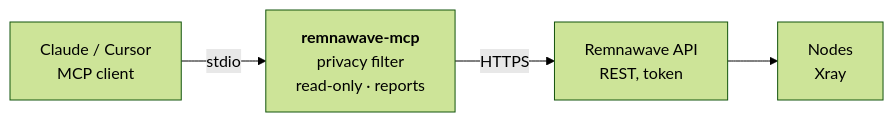
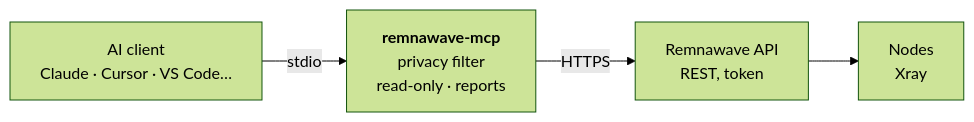
The diagram in README.en.md (3APA3A-3AHO3A/remnawave-mcp), drawn with Mermaid (forest theme) before and after one commit. The commit also changed other lines of this file and 3 other files, not shown here.

Commit message:
README: раздел «Подключение к клиентам» — готовые настройки для Cursor, VS Code, Windsurf, Cline, Zed, LM Studio, Codex и Gemini CLI; формулировки не привязаны к Claude

````diff
--- a/README.en.md
+++ b/README.en.md
@@ -57,6 +57,6 @@
 ```mermaid
 flowchart LR
-    A["Claude / Cursor<br/>MCP client"] -- stdio --> B["<b>remnawave-mcp</b><br/>privacy filter<br/>read-only · reports"]
+    A["AI client<br/>Claude · Cursor · VS Code…"] -- stdio --> B["<b>remnawave-mcp</b><br/>privacy filter<br/>read-only · reports"]
     B -- HTTPS --> C["Remnawave API<br/>REST, token"]
     C --> D["Nodes<br/>Xray"]
 ```
````
